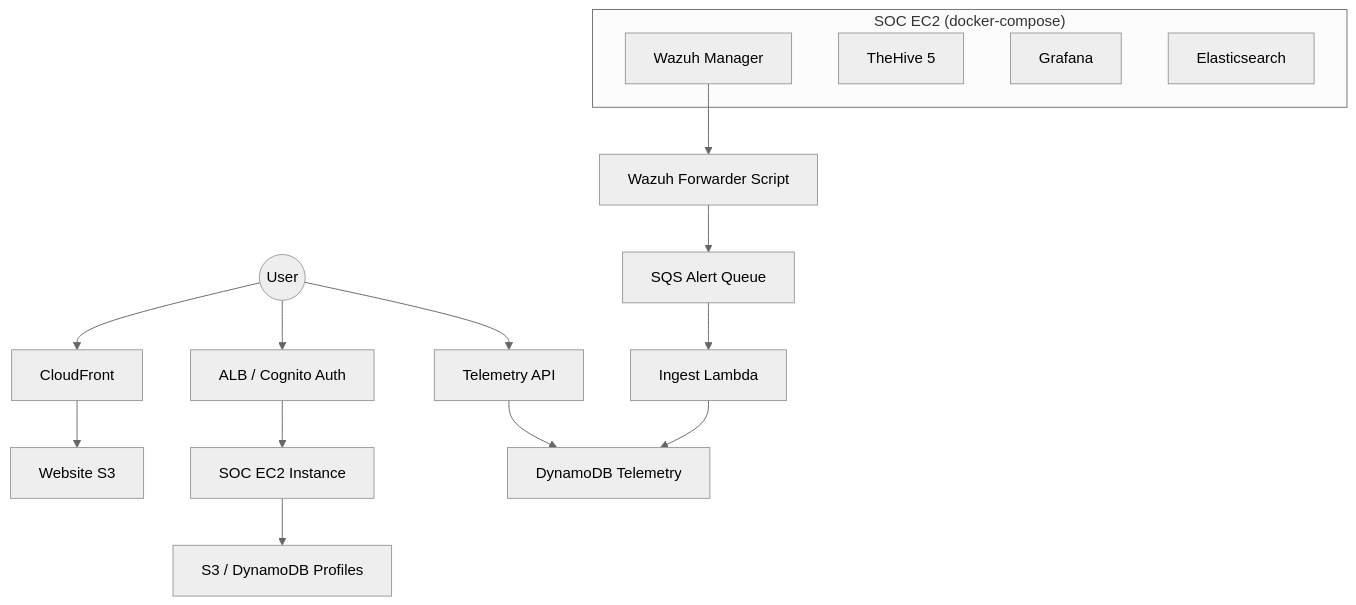
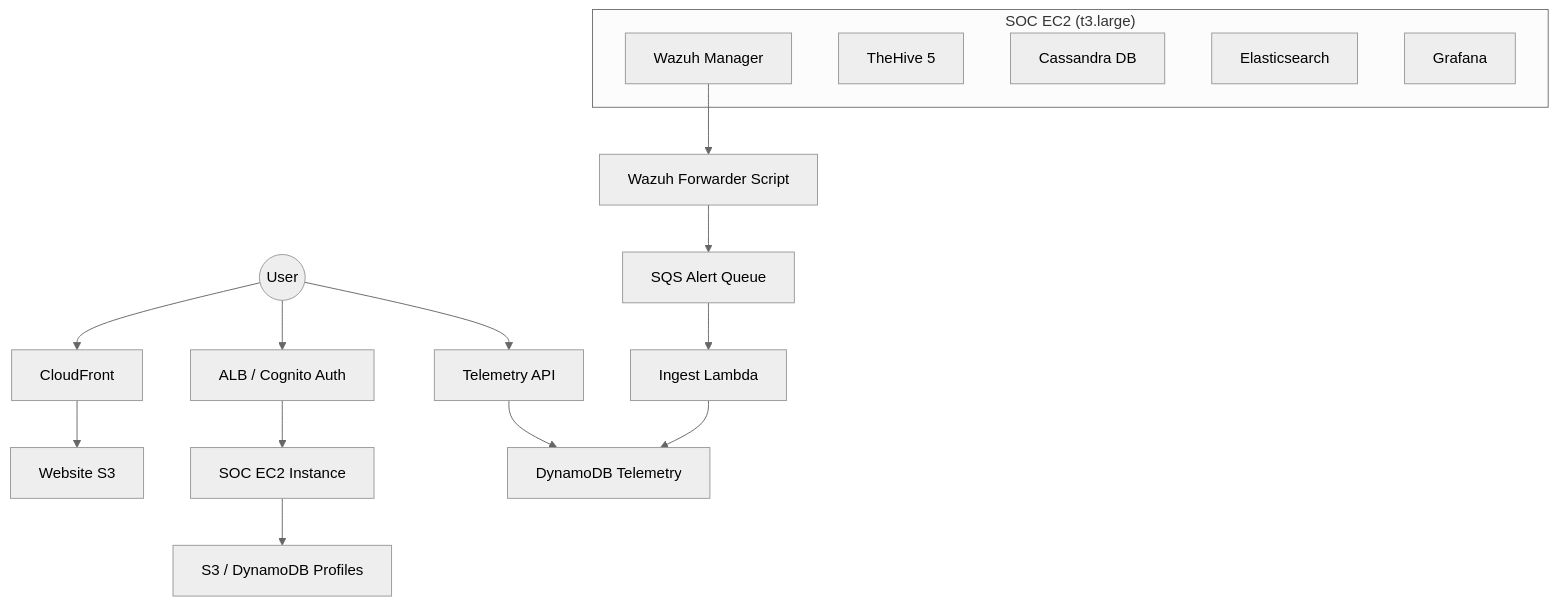
The diagram in docs/ARCHITECTURE_POC.md (wjed/sentinel), drawn with Mermaid (neutral theme) before and after one commit. The commit also changed other lines of this file and 1 other file, not shown here.

````diff
--- a/docs/ARCHITECTURE_POC.md
+++ b/docs/ARCHITECTURE_POC.md
@@ -17,25 +17,26 @@
 ```mermaid
 graph TD
     User((User)) --> CF[CloudFront]
     CF --> S3[Website S3]
     
     User --> ALB[ALB / Cognito Auth]
     ALB --> EC2[SOC EC2 Instance]
     
-    subgraph "SOC EC2 (docker-compose)"
+    subgraph "SOC EC2 (t3.large)"
         Wazuh[Wazuh Manager]
         TheHive[TheHive 5]
+        Cassandra[Cassandra DB]
+        ES[Elasticsearch]
         Grafana[Grafana]
-        ES[Elasticsearch]
     end
     
     Wazuh --> FWD[Wazuh Forwarder Script]
     FWD --> SQS[SQS Alert Queue]
     SQS --> Lambda[Ingest Lambda]
     Lambda --> DDB[DynamoDB Telemetry]
     
     User --> TAPI[Telemetry API]
     TAPI --> DDB
     
     EC2 --> UserData[S3 / DynamoDB Profiles]
 ```
````
